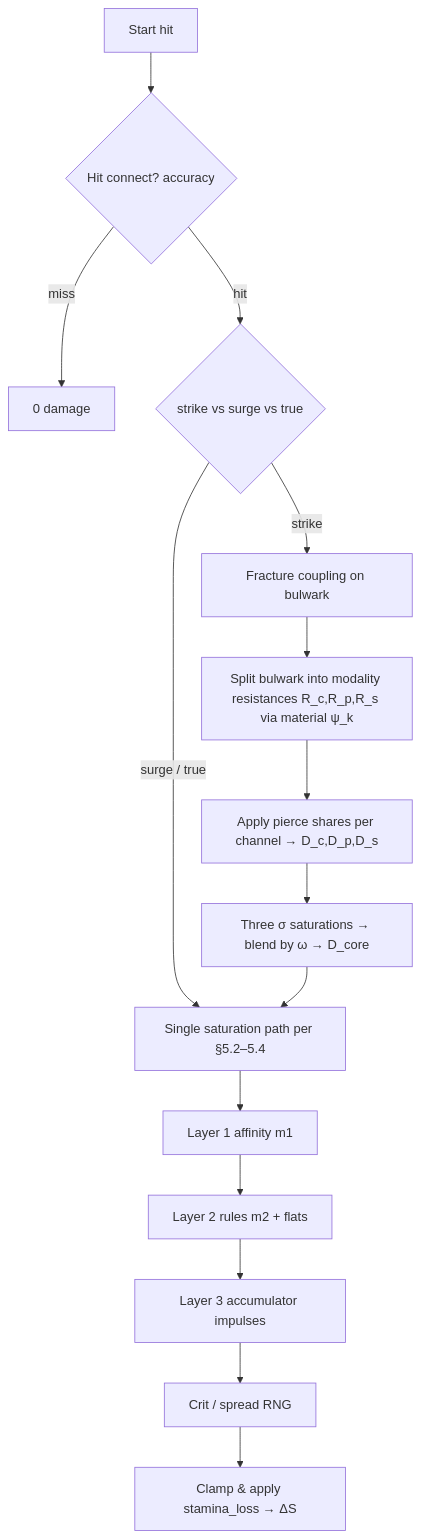
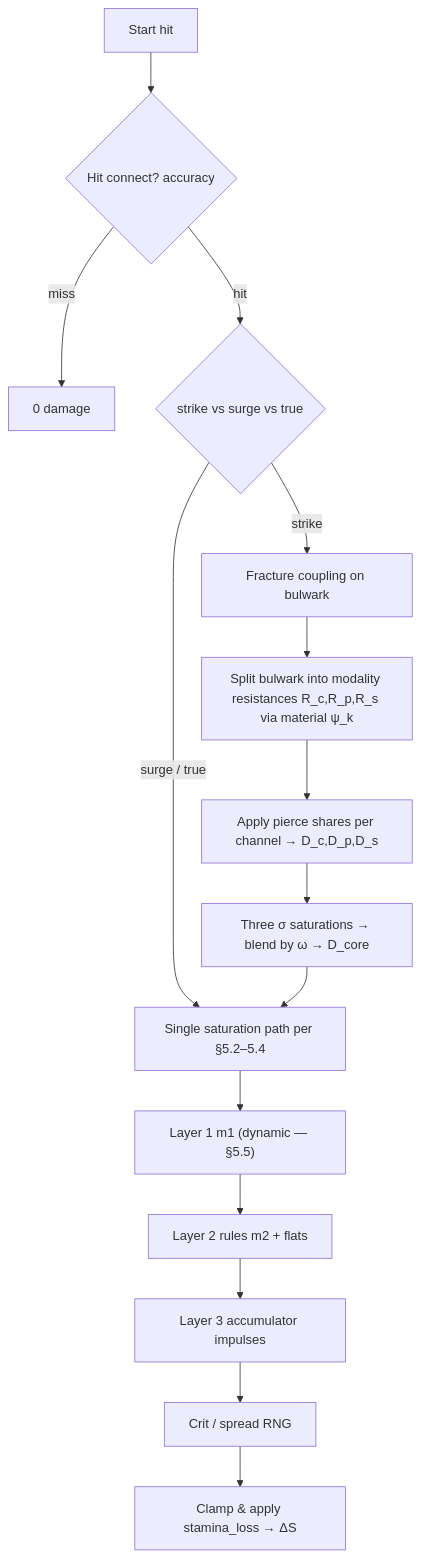
The diagram in docs/COMBAT-MODEL.md (GTOVD/wildloom), drawn with Mermaid before and after one commit. The commit also changed other lines of this file and 5 other files, not shown here.

Commit message:
docs: procedural uniqueness, composed typings, dynamic Layer 1 m1, infusion moves

````diff
--- a/docs/COMBAT-MODEL.md
+++ b/docs/COMBAT-MODEL.md
@@ -109,17 +117,17 @@
 ```mermaid
 flowchart TD
   A[Start hit] --> B{Hit connect? accuracy}
   B -->|miss| Z[0 damage]
   B -->|hit| C{strike vs surge vs true}
   C -->|surge / true| D[Single saturation path per §5.2–5.4]
   C -->|strike| E[Fracture coupling on bulwark]
   E --> F[Split bulwark into modality resistances R_c,R_p,R_s via material ψ_k]
   F --> G[Apply pierce shares per channel → D_c,D_p,D_s]
   G --> H[Three σ saturations → blend by ω → D_core]
   H --> D
-  D --> I[Layer 1 affinity m1]
+  D --> I["Layer 1 m1 (dynamic — §5.5)"]
   I --> J[Layer 2 rules m2 + flats]
   J --> K[Layer 3 accumulator impulses]
   K --> L[Crit / spread RNG]
   L --> M[Clamp & apply stamina_loss → ΔS]
 ```
````
